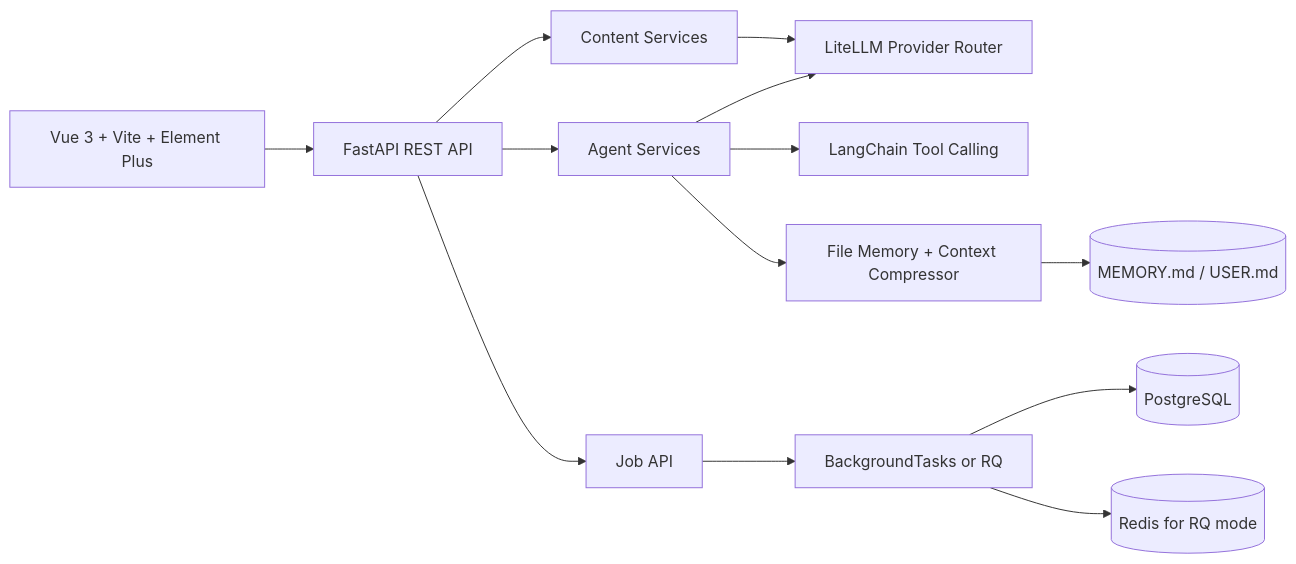
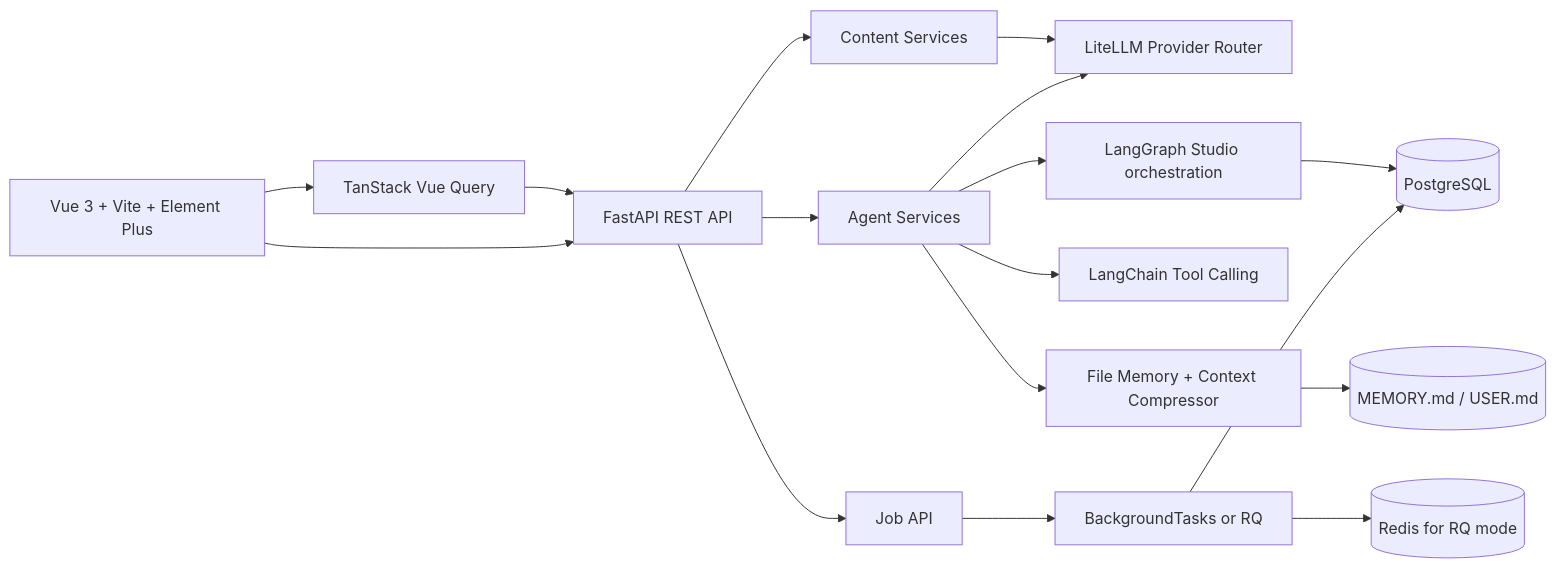
One commit to xwmxcz/-content-ops-agent changed the diagram in README.md. Above: the diagram before and after it, drawn with Mermaid. The commit also changed other lines of this file and 108 other files, not shown here.

First line of the commit message:
feat: strengthen content workflows with LangGraph and Vue Query

````diff
--- a/README.md
+++ b/README.md
@@ -36,15 +36,19 @@
 ```mermaid
 graph LR
-  UI[Vue 3 + Vite + Element Plus] --> API[FastAPI REST API]
+  UI[Vue 3 + Vite + Element Plus] --> Query[TanStack Vue Query]
+  Query --> API[FastAPI REST API]
+  UI --> API
   API --> Content[Content Services]
   API --> Agent[Agent Services]
   API --> Jobs[Job API]
   Content --> LLM[LiteLLM Provider Router]
   Agent --> LLM
+  Agent --> Graph[LangGraph Studio orchestration]
+  Graph --> DB[(PostgreSQL)]
   Agent --> Tools[LangChain Tool Calling]
   Agent --> Memory[File Memory + Context Compressor]
   Memory --> Files[(MEMORY.md / USER.md)]
   Jobs --> Queue[BackgroundTasks or RQ]
-  Queue --> DB[(PostgreSQL)]
+  Queue --> DB
   Queue --> Redis[(Redis for RQ mode)]
 ```
````
